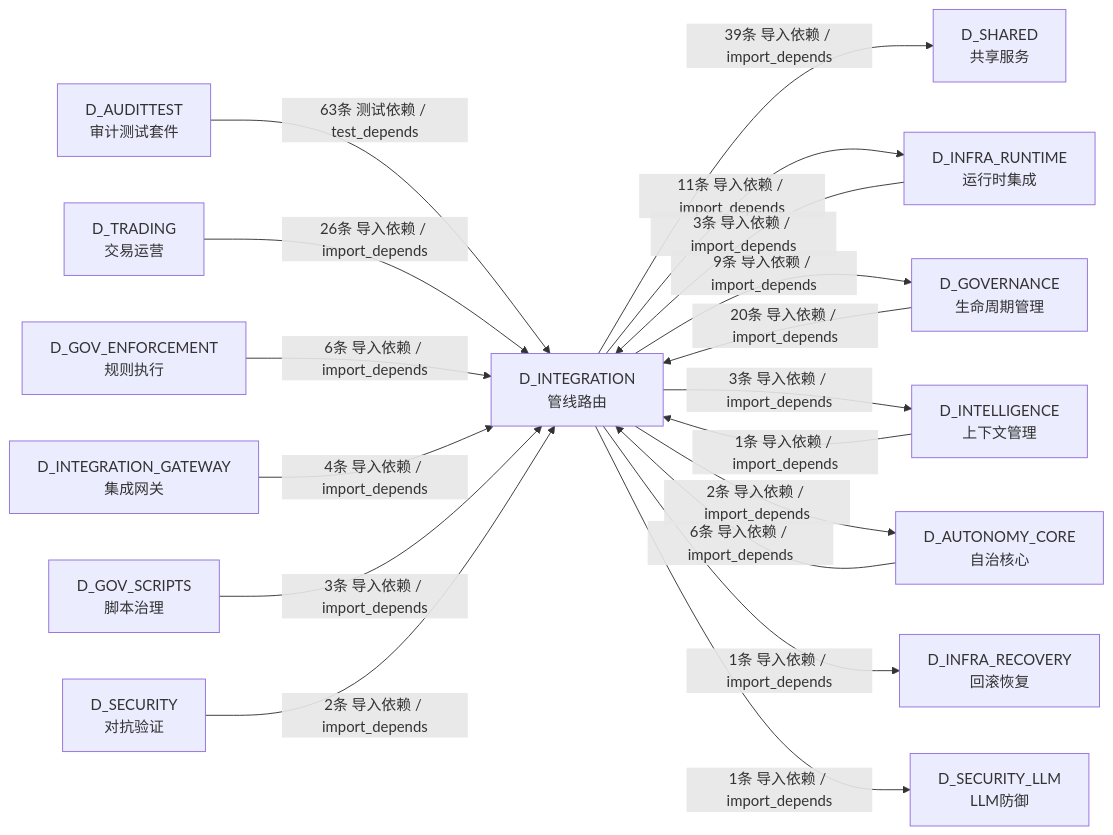
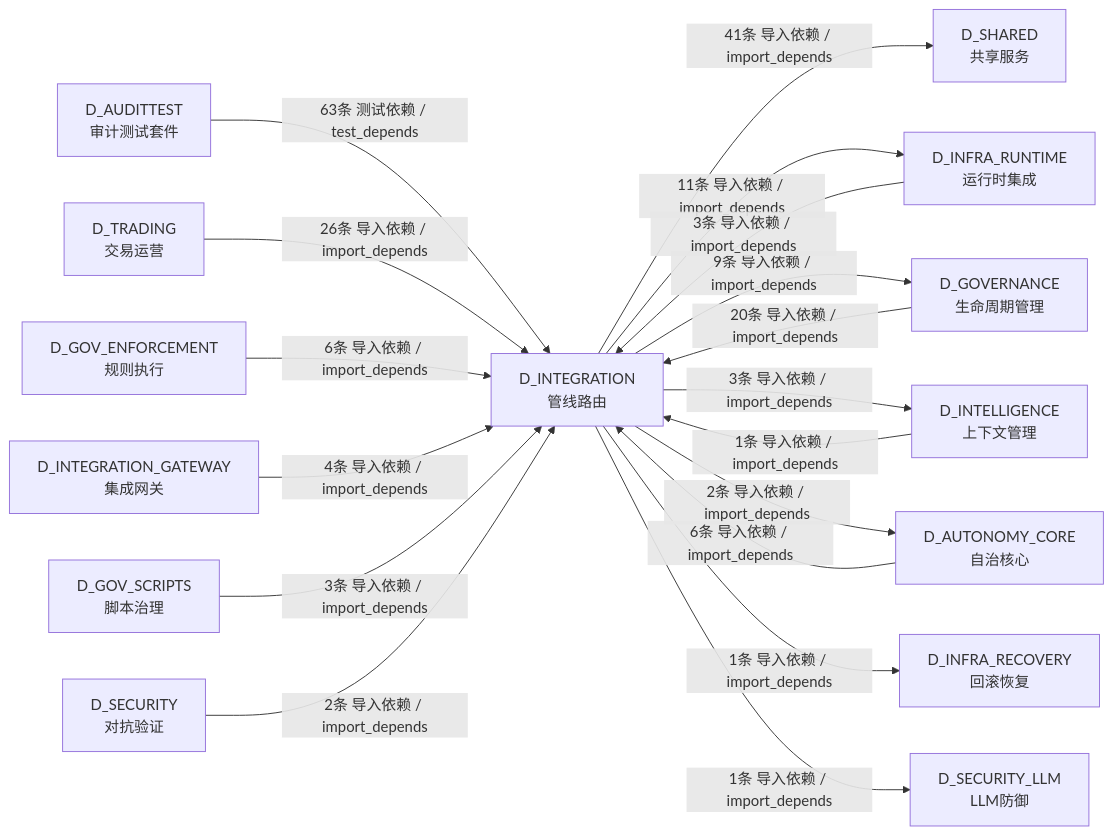
The sixth of 6 diagrams in docs/02_enterprise_architecture/02_domain_architecture_docs/12_d_integration.md (xuanFelixVan/ZephyrAlpha), drawn with Mermaid before and after one commit. The commit also changed other lines of this file and 100 other files, not shown here.

````diff
--- a/docs/02_enterprise_architecture/02_domain_architecture_docs/12_d_integration.md
+++ b/docs/02_enterprise_architecture/02_domain_architecture_docs/12_d_integration.md
@@ -830,34 +832,34 @@
 ```mermaid
 graph LR
     D_INTEGRATION["D_INTEGRATION<br/>管线路由"]
     D_SHARED["D_SHARED<br/>共享服务"]
     D_INFRA_RUNTIME["D_INFRA_RUNTIME<br/>运行时集成"]
     D_GOVERNANCE["D_GOVERNANCE<br/>生命周期管理"]
     D_INTELLIGENCE["D_INTELLIGENCE<br/>上下文管理"]
     D_AUTONOMY_CORE["D_AUTONOMY_CORE<br/>自治核心"]
     D_INFRA_RECOVERY["D_INFRA_RECOVERY<br/>回滚恢复"]
     D_SECURITY_LLM["D_SECURITY_LLM<br/>LLM防御"]
     D_AUDITTEST["D_AUDITTEST<br/>审计测试套件"]
     D_TRADING["D_TRADING<br/>交易运营"]
     D_GOV_ENFORCEMENT["D_GOV_ENFORCEMENT<br/>规则执行"]
     D_INTEGRATION_GATEWAY["D_INTEGRATION_GATEWAY<br/>集成网关"]
     D_GOV_SCRIPTS["D_GOV_SCRIPTS<br/>脚本治理"]
     D_SECURITY["D_SECURITY<br/>对抗验证"]
-    D_INTEGRATION -->|39条 导入依赖 / import_depends| D_SHARED
+    D_INTEGRATION -->|41条 导入依赖 / import_depends| D_SHARED
     D_INTEGRATION -->|11条 导入依赖 / import_depends| D_INFRA_RUNTIME
     D_INTEGRATION -->|9条 导入依赖 / import_depends| D_GOVERNANCE
     D_INTEGRATION -->|3条 导入依赖 / import_depends| D_INTELLIGENCE
     D_INTEGRATION -->|2条 导入依赖 / import_depends| D_AUTONOMY_CORE
     D_INTEGRATION -->|1条 导入依赖 / import_depends| D_INFRA_RECOVERY
     D_INTEGRATION -->|1条 导入依赖 / import_depends| D_SECURITY_LLM
     D_AUDITTEST -->|63条 测试依赖 / test_depends| D_INTEGRATION
     D_TRADING -->|26条 导入依赖 / import_depends| D_INTEGRATION
     D_GOVERNANCE -->|20条 导入依赖 / import_depends| D_INTEGRATION
     D_GOV_ENFORCEMENT -->|6条 导入依赖 / import_depends| D_INTEGRATION
     D_AUTONOMY_CORE -->|6条 导入依赖 / import_depends| D_INTEGRATION
     D_INTEGRATION_GATEWAY -->|4条 导入依赖 / import_depends| D_INTEGRATION
     D_INFRA_RUNTIME -->|3条 导入依赖 / import_depends| D_INTEGRATION
     D_GOV_SCRIPTS -->|3条 导入依赖 / import_depends| D_INTEGRATION
     D_SECURITY -->|2条 导入依赖 / import_depends| D_INTEGRATION
     D_INTELLIGENCE -->|1条 导入依赖 / import_depends| D_INTEGRATION
 ```
````
